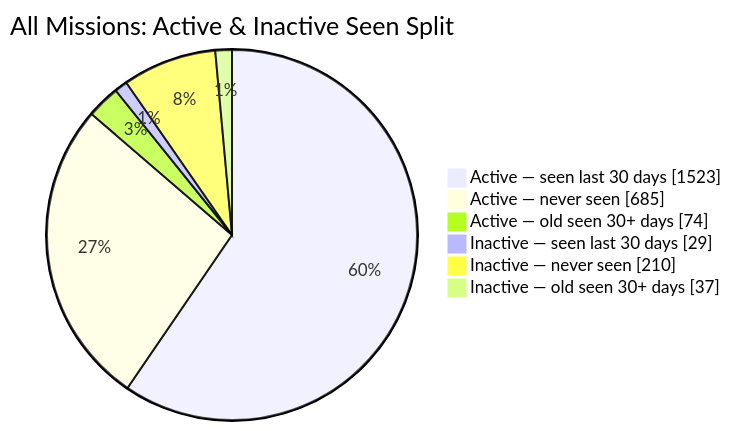
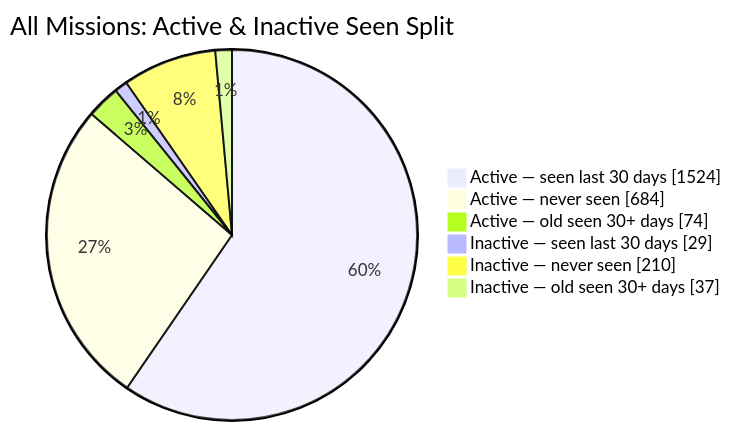
One commit to MeldkamerspelGameTeam/active-missions changed the second of 2 diagrams in README.md. Above: the diagram before and after it, drawn with Mermaid. The commit also changed other lines of this file and 2 other files, not shown here.

````diff
--- a/README.md
+++ b/README.md
@@ -44,10 +44,10 @@
 ```mermaid
 pie showData
     title All Missions: Active & Inactive Seen Split
-    "Active — seen last 30 days" : 1523
-    "Active — never seen" : 685
+    "Active — seen last 30 days" : 1524
+    "Active — never seen" : 684
     "Active — old seen 30+ days" : 74
     "Inactive — seen last 30 days" : 29
     "Inactive — never seen" : 210
     "Inactive — old seen 30+ days" : 37
 ```
````
